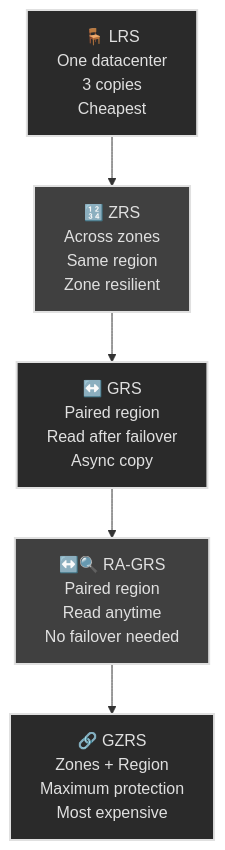
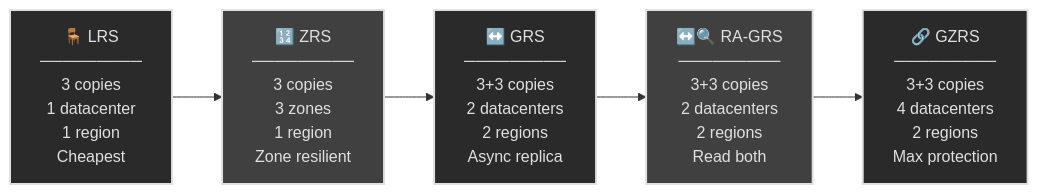
One commit to rubak714/azure-system-administration changed the second of 2 diagrams in 02-secure-storage/README.md. Above: the diagram before and after it, drawn with Mermaid. The commit also changed other lines of this file, not shown here.

Commit message:
docs: update storage redundancy diagram with specific quantities
- Add exact copy counts (3, 3+3)
- Specify datacenter and zone quantities per redundancy option
- Expand diagram horizontally for better readability
- Reference Microsoft Learn documentation for accuracy

````diff
--- a/02-secure-storage/README.md
+++ b/02-secure-storage/README.md
@@ -79,23 +79,23 @@
 ```mermaid
-graph TB
-    LRS["🪑 LRS<br/>One datacenter<br/>3 copies<br/>Cheapest"]
+graph LR
+    LRS["🪑 LRS<br/>─────────<br/>3 copies<br/>1 datacenter<br/>1 region<br/>Cheapest"]
     
-    ZRS["🔢 ZRS<br/>Across zones<br/>Same region<br/>Zone resilient"]
+    ZRS["🔢 ZRS<br/>─────────<br/>3 copies<br/>3 zones<br/>1 region<br/>Zone resilient"]
     
-    GRS["↔️ GRS<br/>Paired region<br/>Read after failover<br/>Async copy"]
+    GRS["↔️ GRS<br/>─────────<br/>3+3 copies<br/>2 datacenters<br/>2 regions<br/>Async replica"]
     
-    RAGRS["↔️🔍 RA-GRS<br/>Paired region<br/>Read anytime<br/>No failover needed"]
+    RAGRS["↔️🔍 RA-GRS<br/>─────────<br/>3+3 copies<br/>2 datacenters<br/>2 regions<br/>Read both"]
     
-    GZRS["🔗 GZRS<br/>Zones + Region<br/>Maximum protection<br/>Most expensive"]
+    GZRS["🔗 GZRS<br/>─────────<br/>3+3 copies<br/>4 datacenters<br/>2 regions<br/>Max protection"]
     
     LRS --> ZRS
     ZRS --> GRS
     GRS --> RAGRS
     RAGRS --> GZRS
     
     style LRS fill:#2a2a2a,stroke:#e0e0e0,stroke-width:2px,color:#e0e0e0
     style ZRS fill:#404040,stroke:#e0e0e0,stroke-width:2px,color:#e0e0e0
     style GRS fill:#2a2a2a,stroke:#e0e0e0,stroke-width:2px,color:#e0e0e0
     style RAGRS fill:#404040,stroke:#e0e0e0,stroke-width:2px,color:#e0e0e0
     style GZRS fill:#2a2a2a,stroke:#e0e0e0,stroke-width:2px,color:#e0e0e0
 ```
````
